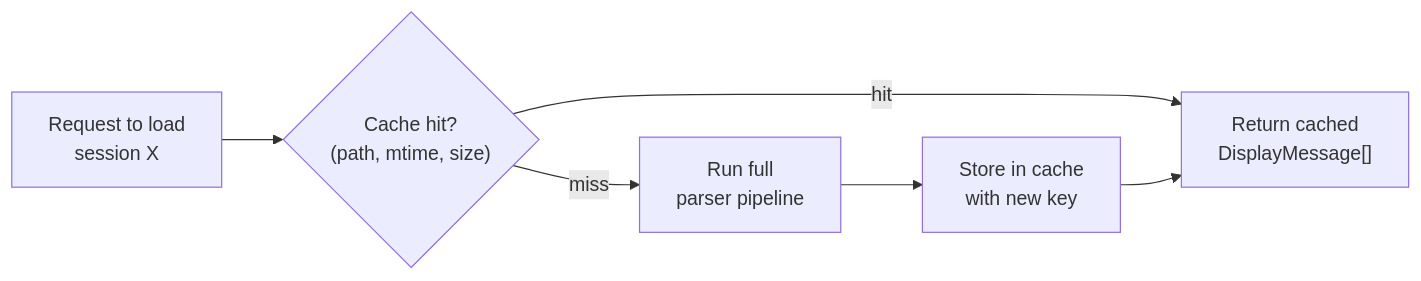
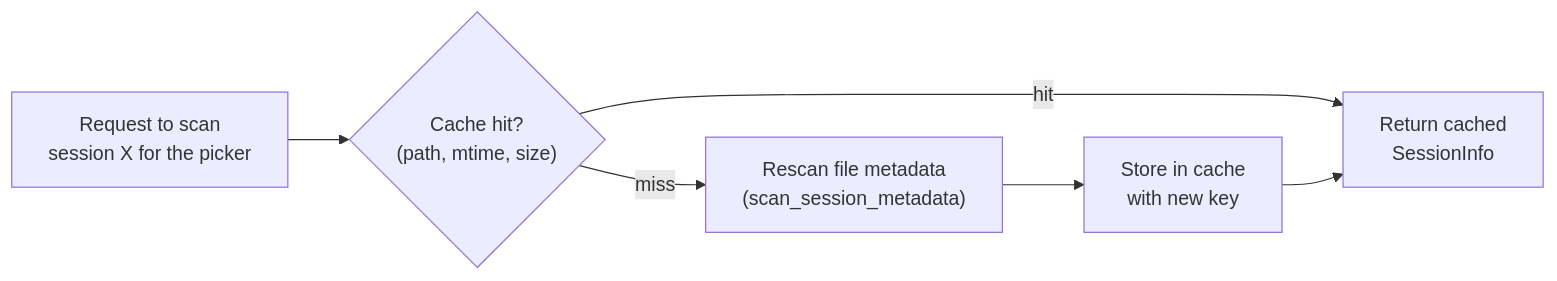
Before and after one commit to delexw/claude-code-trace: the fourth of 9 diagrams in specs/03-state-management.md, drawn with Mermaid. The commit also changed other lines of this file and 35 other files, not shown here.

First line of the commit message:
perf: virtualize message list and fix session-view memory growth (#182)

````diff
--- a/specs/03-state-management.md
+++ b/specs/03-state-management.md
@@ -56,9 +145,9 @@
 ```mermaid
 flowchart LR
-    REQ["Request to load\nsession X"]
+    REQ["Request to scan\nsession X for the picker"]
     REQ --> LOOKUP{"Cache hit?\n(path, mtime, size)"}
-    LOOKUP -->|"hit"| RET["Return cached\nDisplayMessage[]"]
-    LOOKUP -->|"miss"| PARSE["Run full\nparser pipeline"]
-    PARSE --> STORE["Store in cache\nwith new key"]
+    LOOKUP -->|"hit"| RET["Return cached\nSessionInfo"]
+    LOOKUP -->|"miss"| SCAN["Rescan file metadata\n(scan_session_metadata)"]
+    SCAN --> STORE["Store in cache\nwith new key"]
     STORE --> RET
 ```
````
